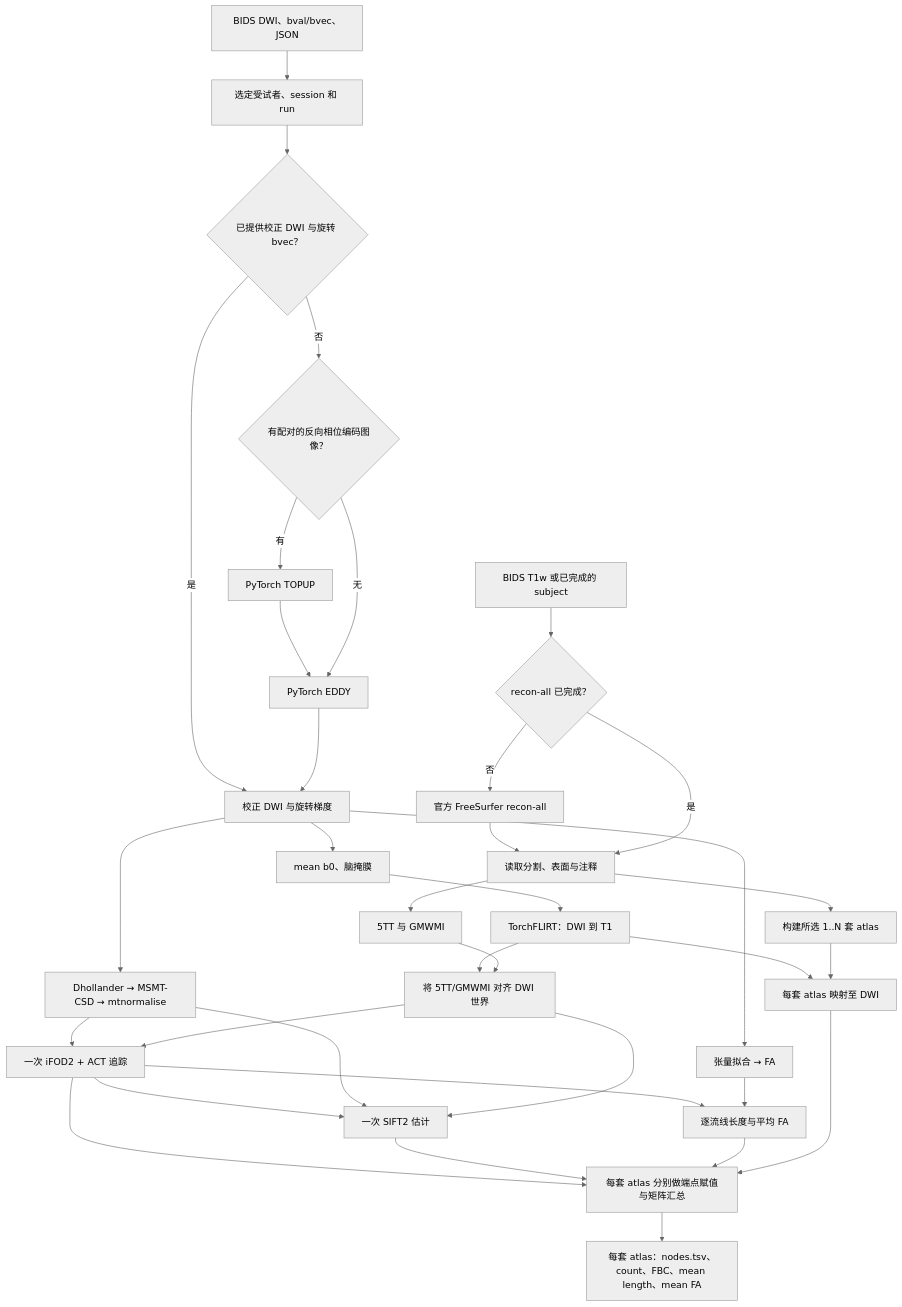
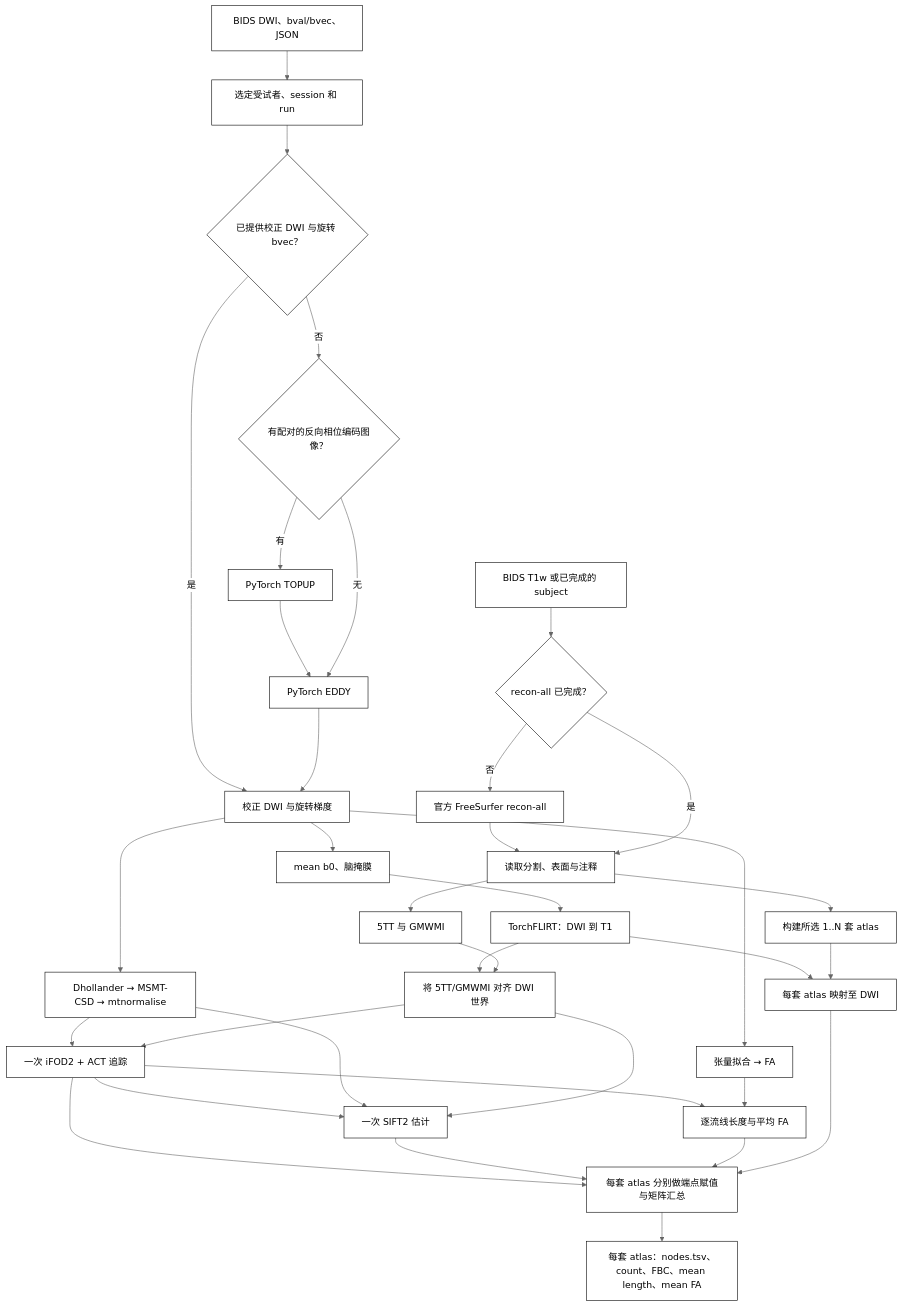
One commit to weikanggong1/Fudan-Neuroimaging-toolkit changed the diagram in docs/connectome/README.md. Above: the diagram before and after it, drawn with Mermaid (neutral theme). The commit also changed 8 other files, not shown here.

Commit message:
Document FNIT pipeline flowcharts with uniform monochrome style (#3)

````diff
--- a/docs/connectome/README.md
+++ b/docs/connectome/README.md
@@ -11,37 +11,38 @@
 ```mermaid
 flowchart TD
     B["BIDS DWI、bval/bvec、JSON"] --> SEL["选定受试者、session 和 run"]
     SEL --> CORR{"已提供校正 DWI 与旋转 bvec？"}
     CORR -- 是 --> DWI["校正 DWI 与旋转梯度"]
     CORR -- 否 --> REV{"有配对的反向相位编码图像？"}
     REV -- 有 --> TOP["PyTorch TOPUP"] --> EDDY["PyTorch EDDY"]
     REV -- 无 --> EDDY
     EDDY --> DWI
 
     T1["BIDS T1w 或已完成的 subject"] --> FS{"recon-all 已完成？"}
     FS -- 否 --> RECON["官方 FreeSurfer recon-all"] --> ANAT["读取分割、表面与注释"]
     FS -- 是 --> ANAT
 
     DWI --> B0["mean b0、脑掩膜"] --> REG["TorchFLIRT：DWI 到 T1"]
     DWI --> FOD["Dhollander → MSMT-CSD → mtnormalise"]
     DWI --> FA["张量拟合 → FA"]
     ANAT --> TISSUE["5TT 与 GMWMI"]
     ANAT --> ATL["构建所选 1..N 套 atlas"]
     REG --> TISSUE_ALIGN["将 5TT/GMWMI 对齐 DWI 世界"]
     TISSUE --> TISSUE_ALIGN
     REG --> ATLAS_DWI["每套 atlas 映射至 DWI"]
     ATL --> ATLAS_DWI
 
     FOD --> TRACK["一次 iFOD2 + ACT 追踪"]
     TISSUE_ALIGN --> TRACK
     TRACK --> SIFT["一次 SIFT2 估计"]
     FOD --> SIFT
     TISSUE_ALIGN --> SIFT
     TRACK --> METRIC["逐流线长度与平均 FA"]
     FA --> METRIC
     TRACK --> MATRIX["每套 atlas 分别做端点赋值与矩阵汇总"]
     SIFT --> MATRIX
     METRIC --> MATRIX
     ATLAS_DWI --> MATRIX
     MATRIX --> OUT["每套 atlas：nodes.tsv、count、FBC、mean length、mean FA"]
+    classDef default fill:#ffffff,stroke:#000000,color:#000000;
 ```
````
